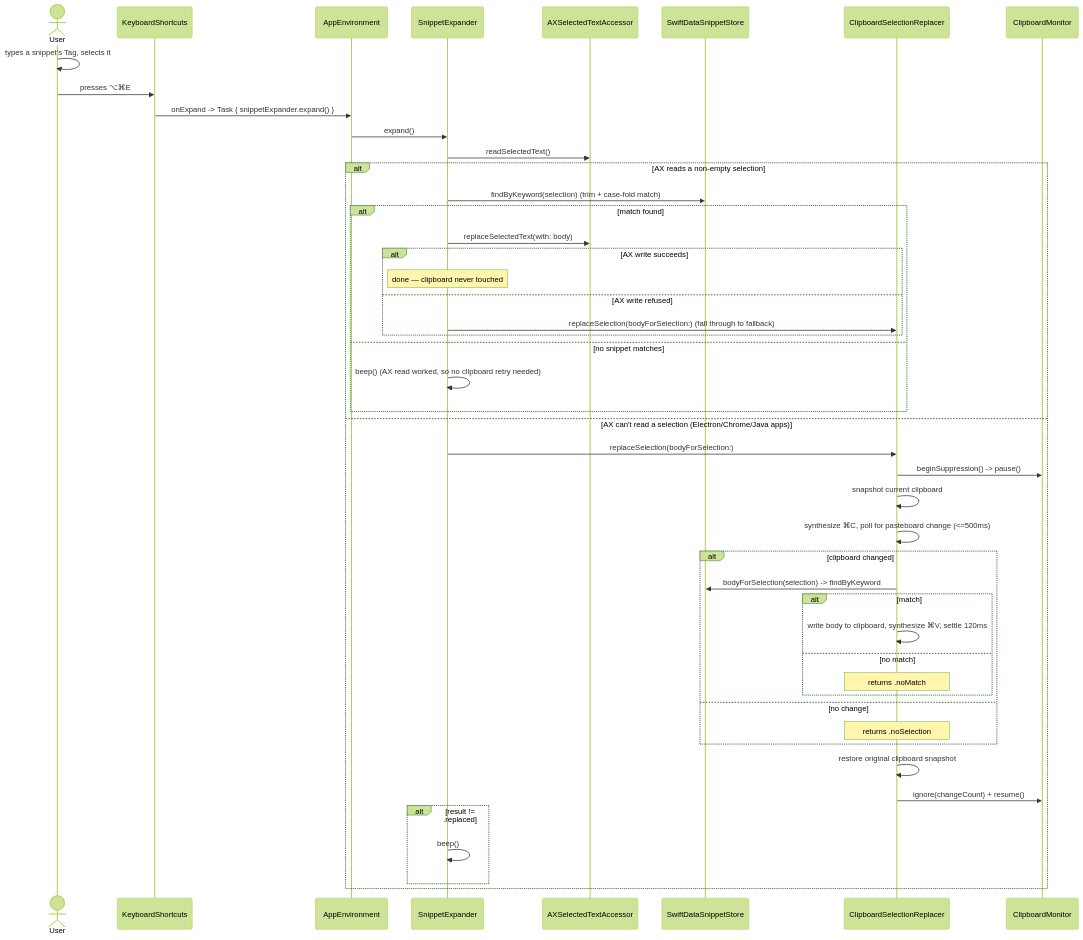
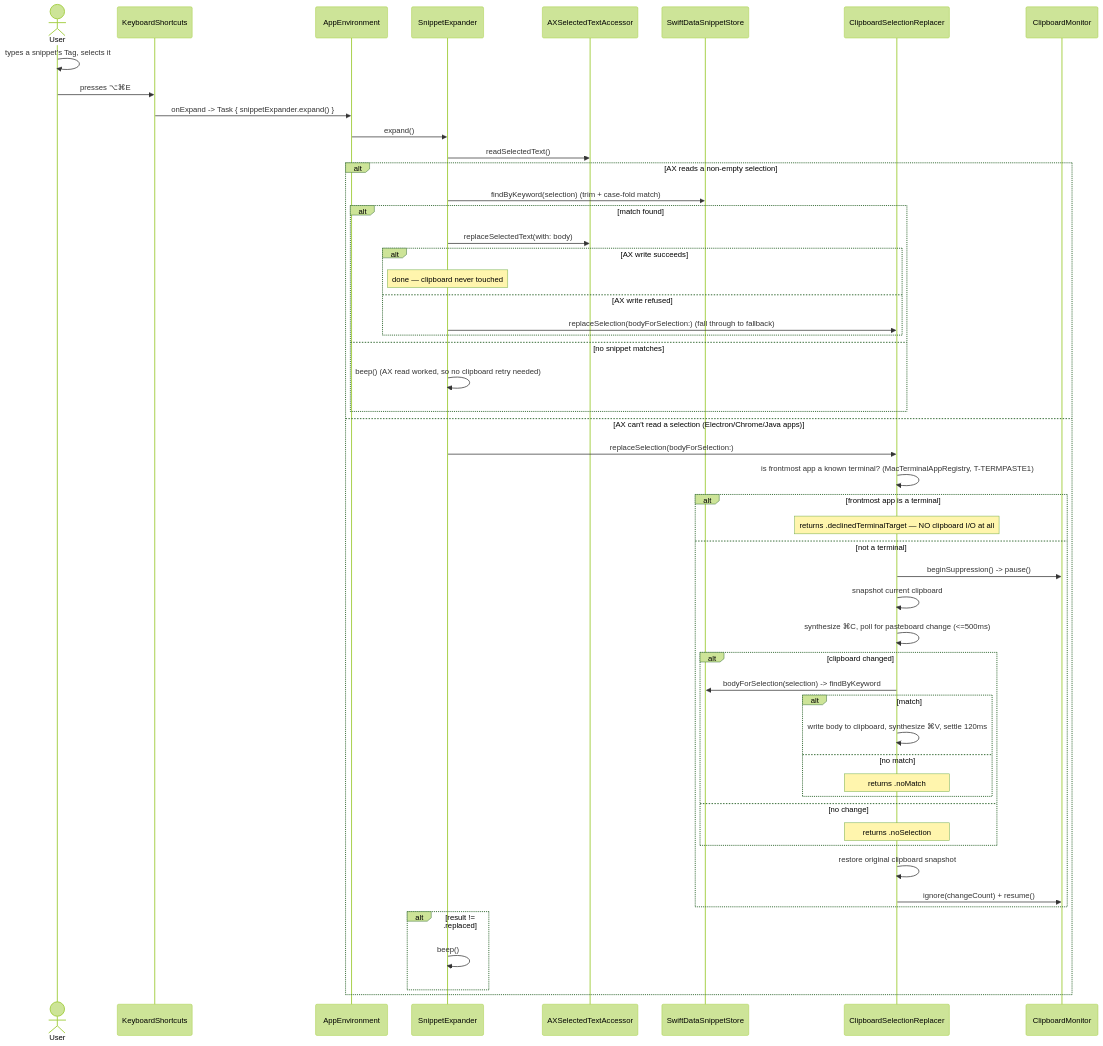
One commit to AayushGour/clipnest changed the fourth of 5 diagrams in docs/architecture.md. Above: the diagram before and after it, drawn with Mermaid (forest theme). The commit also changed other lines of this file and 12 other files, not shown here.

````diff
--- a/docs/architecture.md
+++ b/docs/architecture.md
@@ -358,51 +358,56 @@
 ```mermaid
 sequenceDiagram
     actor User
     participant KS as KeyboardShortcuts
     participant Env as AppEnvironment
     participant Exp as SnippetExpander
     participant AX as AXSelectedTextAccessor
     participant Store as SwiftDataSnippetStore
     participant CR as ClipboardSelectionReplacer
     participant Monitor as ClipboardMonitor
 
     User->>User: types a snippet's Tag, selects it
     User->>KS: presses ⌥⌘E
     KS->>Env: onExpand -> Task { snippetExpander.expand() }
     Env->>Exp: expand()
 
     Exp->>AX: readSelectedText()
     alt AX reads a non-empty selection
         Exp->>Store: findByKeyword(selection)  (trim + case-fold match)
         alt match found
             Exp->>AX: replaceSelectedText(with: body)
             alt AX write succeeds
                 Note over Exp: done — clipboard never touched
             else AX write refused
                 Exp->>CR: replaceSelection(bodyForSelection:)  (fall through to fallback)
             end
         else no snippet matches
             Exp->>Exp: beep()  (AX read worked, so no clipboard retry needed)
         end
     else AX can't read a selection (Electron/Chrome/Java apps)
         Exp->>CR: replaceSelection(bodyForSelection:)
-        CR->>Monitor: beginSuppression() -> pause()
-        CR->>CR: snapshot current clipboard
-        CR->>CR: synthesize ⌘C, poll for pasteboard change (<=500ms)
-        alt clipboard changed
-            CR->>Store: bodyForSelection(selection) -> findByKeyword
-            alt match
-                CR->>CR: write body to clipboard, synthesize ⌘V, settle 120ms
-            else no match
-                Note over CR: returns .noMatch
+        CR->>CR: is frontmost app a known terminal? (MacTerminalAppRegistry, T-TERMPASTE1)
+        alt frontmost app is a terminal
+            Note over CR: returns .declinedTerminalTarget — NO clipboard I/O at all
+        else not a terminal
+            CR->>Monitor: beginSuppression() -> pause()
+            CR->>CR: snapshot current clipboard
+            CR->>CR: synthesize ⌘C, poll for pasteboard change (<=500ms)
+            alt clipboard changed
+                CR->>Store: bodyForSelection(selection) -> findByKeyword
+                alt match
+                    CR->>CR: write body to clipboard, synthesize ⌘V, settle 120ms
+                else no match
+                    Note over CR: returns .noMatch
+                end
+            else no change
+                Note over CR: returns .noSelection
             end
-        else no change
-            Note over CR: returns .noSelection
+            CR->>CR: restore original clipboard snapshot
+            CR->>Monitor: ignore(changeCount) + resume()
         end
-        CR->>CR: restore original clipboard snapshot
-        CR->>Monitor: ignore(changeCount) + resume()
         alt result != .replaced
             Exp->>Exp: beep()
         end
     end
 ```
````
